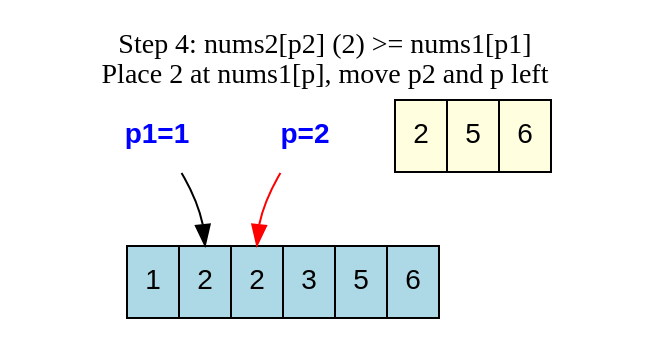
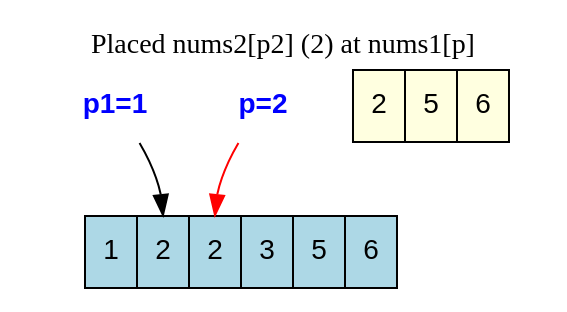
Before and after one commit to jensonp/leetcode: the diagram in 088-merge-sorted-array/dot/step4.dot, drawn with Graphviz. The commit also changed 21 other files, not shown here.

```diff
--- a/088-merge-sorted-array/dot/step4.dot
+++ b/088-merge-sorted-array/dot/step4.dot
@@ -1,14 +1,12 @@
 digraph G {
     rankdir=TB;
     node [shape=record, fontname="Helvetica", style=filled, fillcolor=white];
-    
     nums1 [label="<f0> 1|<f1> 2|<f2> 2|<f3> 3|<f4> 5|<f5> 6", fillcolor=lightblue];
     nums2 [label="<f0> 2|<f1> 5|<f2> 6", fillcolor=lightyellow];
-    
     node [shape=plaintext, fillcolor=none, fontcolor=blue, fontname="Helvetica-Bold"];
     p1 [label="p1=1"]; p1 -> nums1:f1;
 p [label="p=2"]; p -> nums1:f2 [color=red, fontcolor=red];
     labelloc="t";
-    label="Step 4: nums2[p2] (2) >= nums1[p1]\nPlace 2 at nums1[p], move p2 and p left";
+    label="Placed nums2[p2] (2) at nums1[p]";
     fontsize=14;
 }
```
